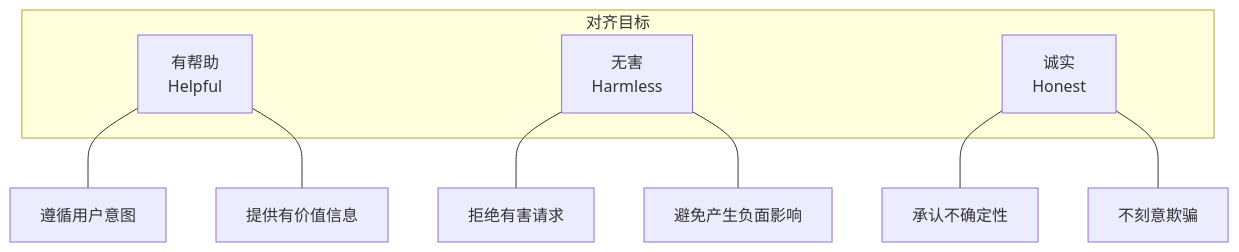
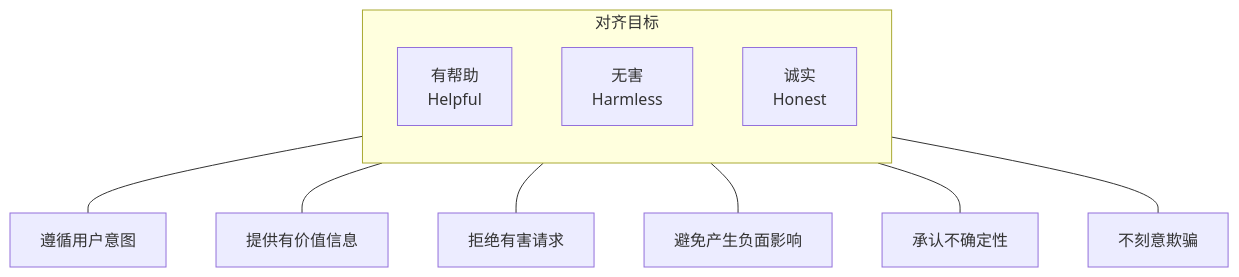
One commit to yeasy/ai_security_guide changed the first of 2 diagrams in 02_fundamentals/2.4_alignment_intro.md. Above: the diagram before and after it, drawn with Mermaid. The commit also changed other lines of this file and 74 other files, not shown here.

````diff
--- a/02_fundamentals/2.4_alignment_intro.md
+++ b/02_fundamentals/2.4_alignment_intro.md
@@ -18,17 +16,18 @@
 ```mermaid
-graph TB
-    subgraph "对齐目标"
-    A["有帮助<br/>Helpful"]
-    B["无害<br/>Harmless"]
-    C["诚实<br/>Honest"]
+flowchart TB
+    subgraph target ["对齐目标"]
+        direction TB
+        A["有帮助<br/>Helpful"]
+        B["无害<br/>Harmless"]
+        C["诚实<br/>Honest"]
     end
 
     A --- D["遵循用户意图"]
     A --- E["提供有价值信息"]
 
     B --- F["拒绝有害请求"]
     B --- G["避免产生负面影响"]
 
     C --- H["承认不确定性"]
     C --- I["不刻意欺骗"]
 ```
````
